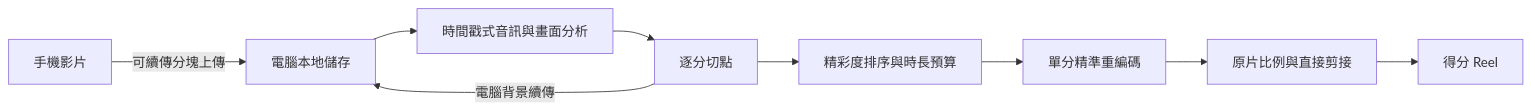
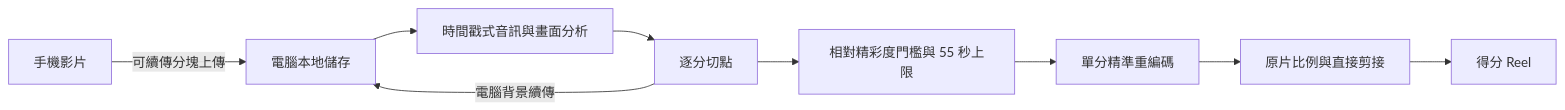
The diagram in README.md (momonong/pingpong-auto-highlight), drawn with Mermaid before and after one commit. The commit also changed other lines of this file and 12 other files, not shown here.

````diff
--- a/README.md
+++ b/README.md
@@ -375,11 +375,11 @@
 ```mermaid
 flowchart LR
     A["手機影片"] -->|"可續傳分塊上傳"| B["電腦本地儲存"]
     D["Google Drive 公開影片"] -->|"電腦背景續傳"| B
     B --> C["時間戳式音訊與畫面分析"]
     C --> D["逐分切點"]
-    D --> E["精彩度排序與時長預算"]
+    D --> E["相對精彩度門檻與 55 秒上限"]
     E --> F["單分精準重編碼"]
     F --> G["原片比例與直接剪接"]
     G --> H["得分 Reel"]
 ```
````
